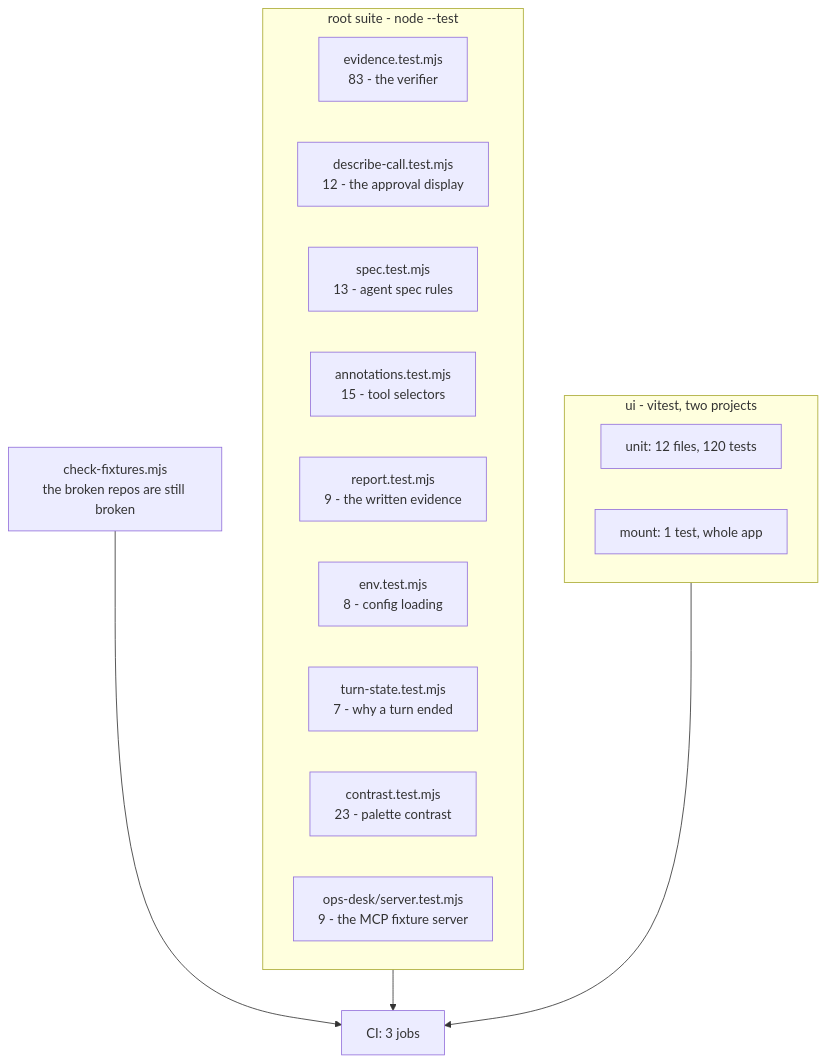
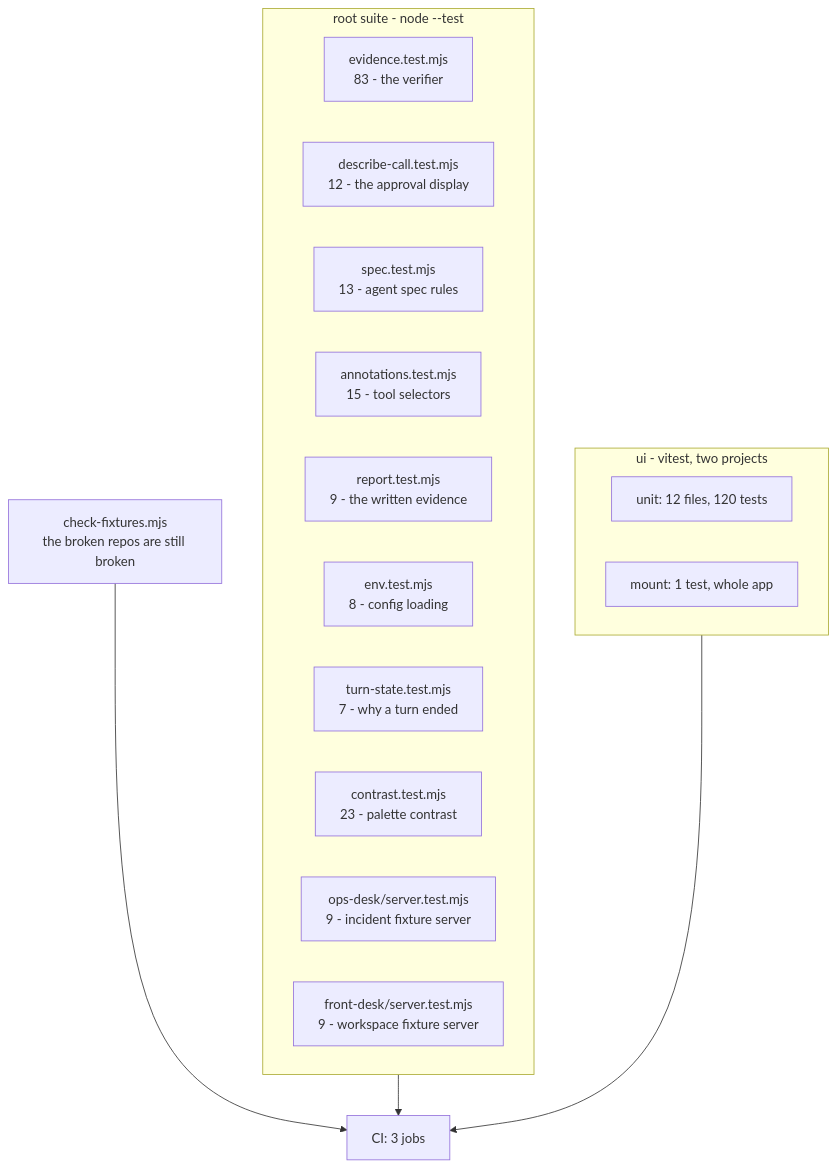
The diagram in TESTING.md (manumishra12/quartermaster), drawn with Mermaid before and after one commit. The commit also changed other lines of this file and 7 other files, not shown here.

````diff
--- a/TESTING.md
+++ b/TESTING.md
@@ -30,25 +30,26 @@
 ```mermaid
 flowchart TD
   subgraph root["root suite - node --test"]
     EV["evidence.test.mjs<br/>83 - the verifier"]
     DC["describe-call.test.mjs<br/>12 - the approval display"]
     SP["spec.test.mjs<br/>13 - agent spec rules"]
     AN["annotations.test.mjs<br/>15 - tool selectors"]
     RP["report.test.mjs<br/>9 - the written evidence"]
     EN["env.test.mjs<br/>8 - config loading"]
     TS["turn-state.test.mjs<br/>7 - why a turn ended"]
     CO["contrast.test.mjs<br/>23 - palette contrast"]
-    OD["ops-desk/server.test.mjs<br/>9 - the MCP fixture server"]
+    OD["ops-desk/server.test.mjs<br/>9 - incident fixture server"]
+    FD["front-desk/server.test.mjs<br/>9 - workspace fixture server"]
   end
 
   subgraph ui["ui - vitest, two projects"]
     U1["unit: 12 files, 120 tests"]
     U2["mount: 1 test, whole app"]
   end
 
   FX["check-fixtures.mjs<br/>the broken repos are still broken"]
 
   root --> CI["CI: 3 jobs"]
   ui --> CI
   FX --> CI
 ```
````
